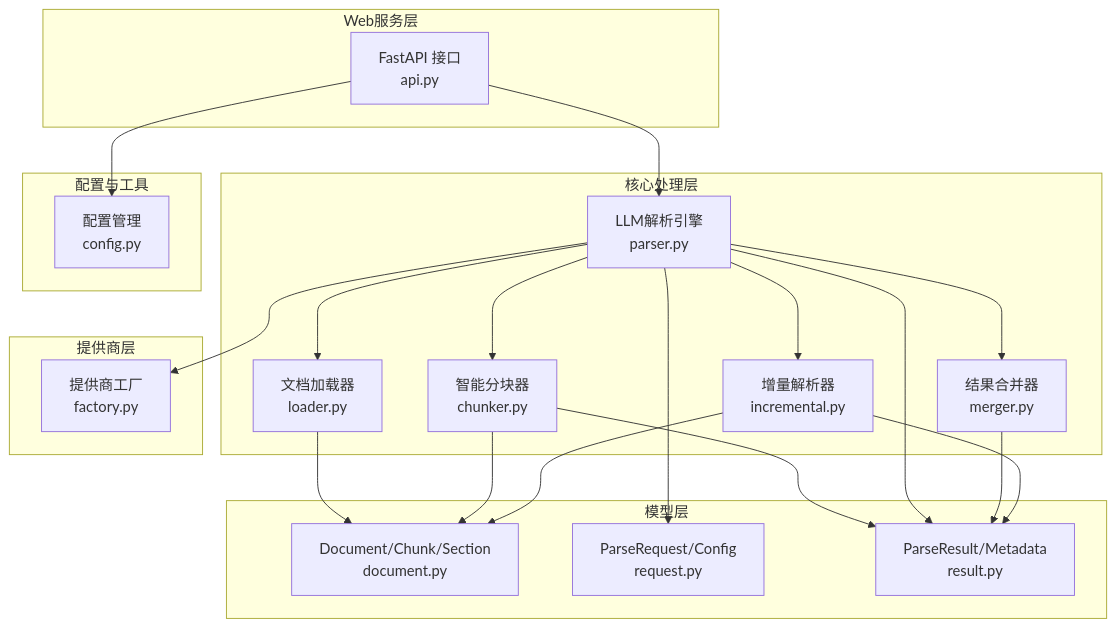
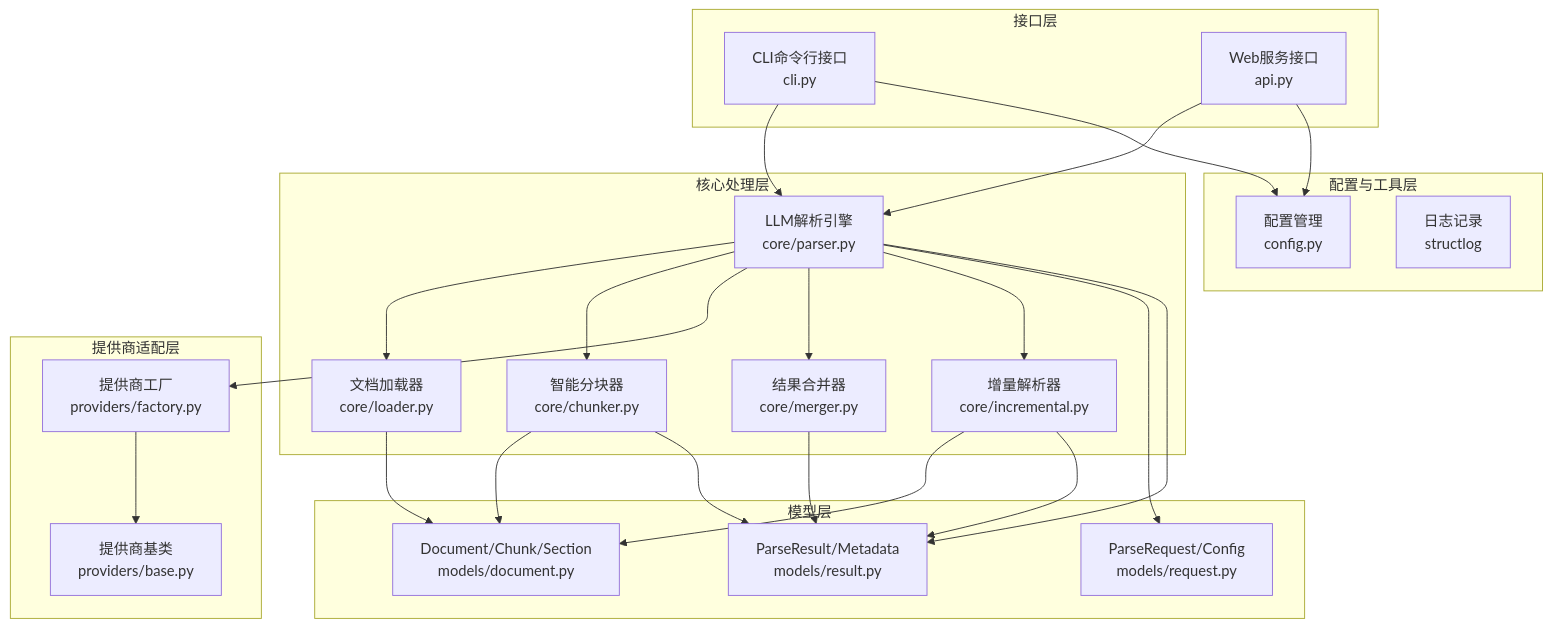
Before and after one commit to wowzhangji/doc_ai_parser: the first of 13 diagrams in .qoder/repowiki/zh/content/架构设计/数据流设计.md, drawn with Mermaid. The commit also changed other lines of this file and 25 other files, not shown here.

````diff
--- a/.qoder/repowiki/zh/content/架构设计/数据流设计.md
+++ b/.qoder/repowiki/zh/content/架构设计/数据流设计.md
@@ -44,39 +43,45 @@
 ```mermaid
 graph TB
-subgraph "Web服务层"
-API["FastAPI 接口<br/>api.py"]
+subgraph "接口层"
+CLI["CLI命令行接口<br/>cli.py"]
+API["Web服务接口<br/>api.py"]
 end
 subgraph "核心处理层"
-Loader["文档加载器<br/>loader.py"]
-Chunker["智能分块器<br/>chunker.py"]
-Parser["LLM解析引擎<br/>parser.py"]
-Merger["结果合并器<br/>merger.py"]
-Inc["增量解析器<br/>incremental.py"]
+Parser["LLM解析引擎<br/>core/parser.py"]
+Chunker["智能分块器<br/>core/chunker.py"]
+Loader["文档加载器<br/>core/loader.py"]
+Merger["结果合并器<br/>core/merger.py"]
+Incremental["增量解析器<br/>core/incremental.py"]
 end
 subgraph "模型层"
-ModelsDoc["Document/Chunk/Section<br/>document.py"]
-ModelsReq["ParseRequest/Config<br/>request.py"]
-ModelsRes["ParseResult/Metadata<br/>result.py"]
+ModelsDoc["Document/Chunk/Section<br/>models/document.py"]
+ModelsReq["ParseRequest/Config<br/>models/request.py"]
+ModelsRes["ParseResult/Metadata<br/>models/result.py"]
 end
-subgraph "提供商层"
-Factory["提供商工厂<br/>factory.py"]
+subgraph "提供商适配层"
+Factory["提供商工厂<br/>providers/factory.py"]
+Base["提供商基类<br/>providers/base.py"]
 end
-subgraph "配置与工具"
+subgraph "配置与工具层"
 Config["配置管理<br/>config.py"]
+Logger["日志记录<br/>structlog"]
 end
+CLI --> Parser
 API --> Parser
 Parser --> Loader
 Parser --> Chunker
 Parser --> Factory
 Parser --> Merger
-Parser --> Inc
+Parser --> Incremental
 Loader --> ModelsDoc
 Chunker --> ModelsDoc
 Chunker --> ModelsRes
 Parser --> ModelsReq
 Parser --> ModelsRes
 Merger --> ModelsRes
-Inc --> ModelsDoc
-Inc --> ModelsRes
+Incremental --> ModelsDoc
+Incremental --> ModelsRes
+Factory --> Base
 API --> Config
+CLI --> Config
 ```
````
